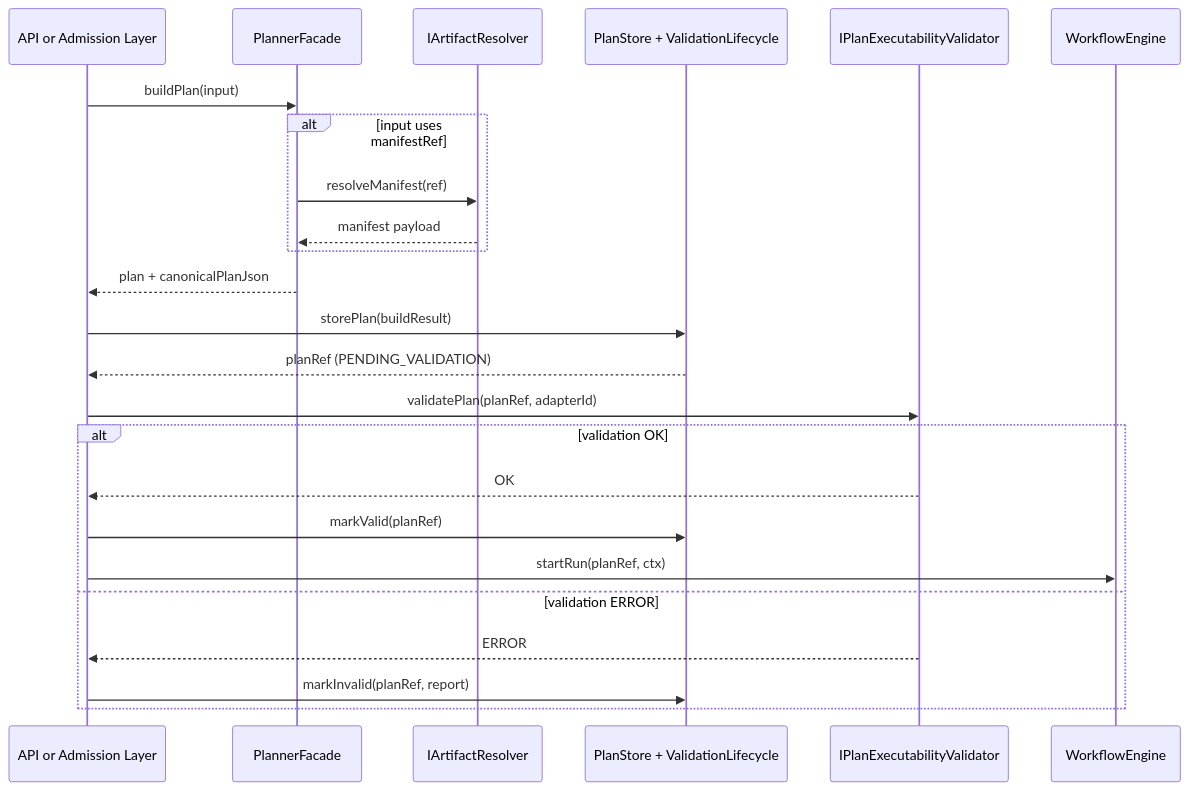
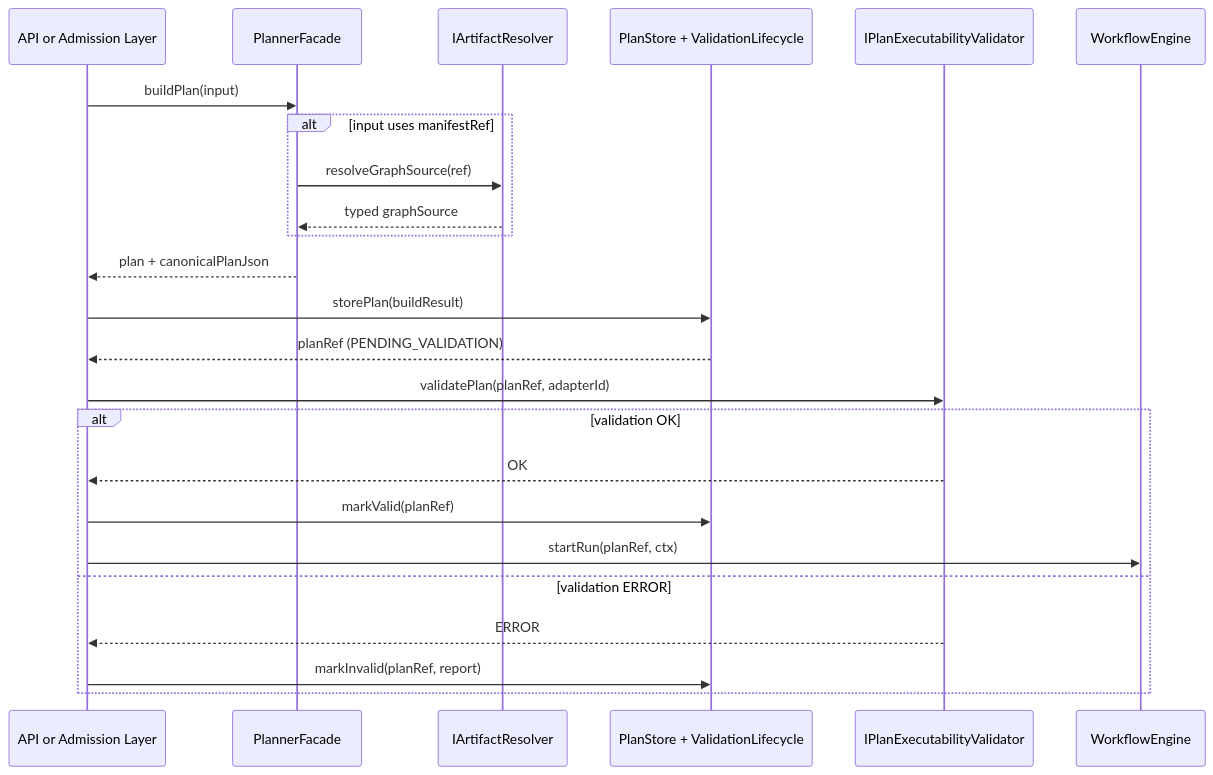
One commit to dunay2/dvt changed the third of 4 diagrams in docs/planning/proposals/planner-target-state-roadmap-20260320.md. Above: the diagram before and after it, drawn with Mermaid. The commit also changed other lines of this file and 27 other files, not shown here.

````diff
--- a/docs/planning/proposals/planner-target-state-roadmap-20260320.md
+++ b/docs/planning/proposals/planner-target-state-roadmap-20260320.md
@@ -141,27 +141,27 @@
 ```mermaid
 sequenceDiagram
     participant Caller as API or Admission Layer
     participant Planner as PlannerFacade
     participant Resolver as IArtifactResolver
     participant Store as PlanStore + ValidationLifecycle
     participant Validator as IPlanExecutabilityValidator
     participant Engine as WorkflowEngine
 
     Caller->>Planner: buildPlan(input)
     alt input uses manifestRef
-        Planner->>Resolver: resolveManifest(ref)
-        Resolver-->>Planner: manifest payload
+        Planner->>Resolver: resolveGraphSource(ref)
+        Resolver-->>Planner: typed graphSource
     end
     Planner-->>Caller: plan + canonicalPlanJson
     Caller->>Store: storePlan(buildResult)
     Store-->>Caller: planRef (PENDING_VALIDATION)
     Caller->>Validator: validatePlan(planRef, adapterId)
     alt validation OK
         Validator-->>Caller: OK
         Caller->>Store: markValid(planRef)
         Caller->>Engine: startRun(planRef, ctx)
     else validation ERROR
         Validator-->>Caller: ERROR
         Caller->>Store: markInvalid(planRef, report)
     end
 ```
````
